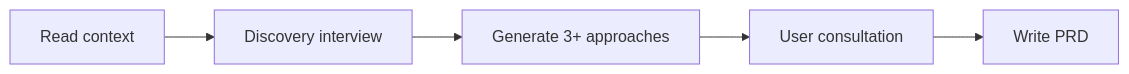
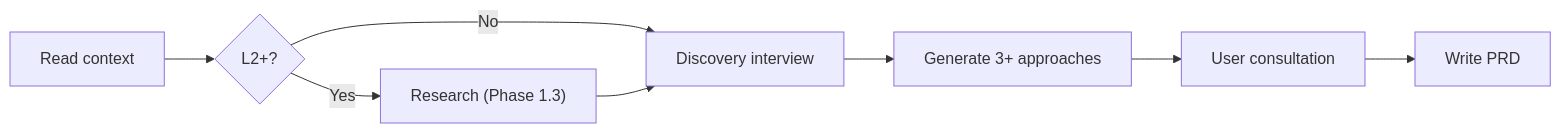
Before and after one commit to Arcanada-one/datarim: the second of 8 diagrams in skills/visual-maps/stage-process-flows.md, drawn with Mermaid. The commit also changed other lines of this file and 29 other files, not shown here.

First line of the commit message:
TUNE-0029: Datarim v1.15.0 — Research Phase + README/CLAUDE fix

````diff
--- a/skills/visual-maps/stage-process-flows.md
+++ b/skills/visual-maps/stage-process-flows.md
@@ -18,7 +18,10 @@
 ```mermaid
 graph LR
-    A["Read context"] --> B["Discovery interview"]
-    B --> C["Generate 3+ approaches"]
-    C --> D["User consultation"]
-    D --> E["Write PRD"]
+    A["Read context"] --> R{"L2+?"}
+    R -->|Yes| B["Research (Phase 1.3)"]
+    R -->|No| C["Discovery interview"]
+    B --> C
+    C --> D["Generate 3+ approaches"]
+    D --> E["User consultation"]
+    E --> F["Write PRD"]
 ```
````
